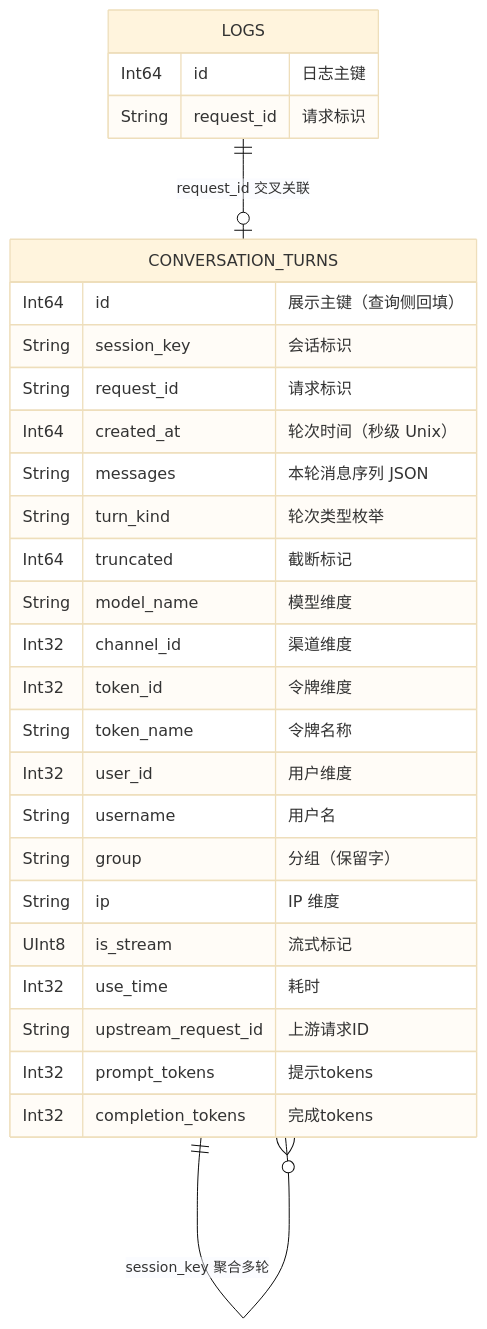
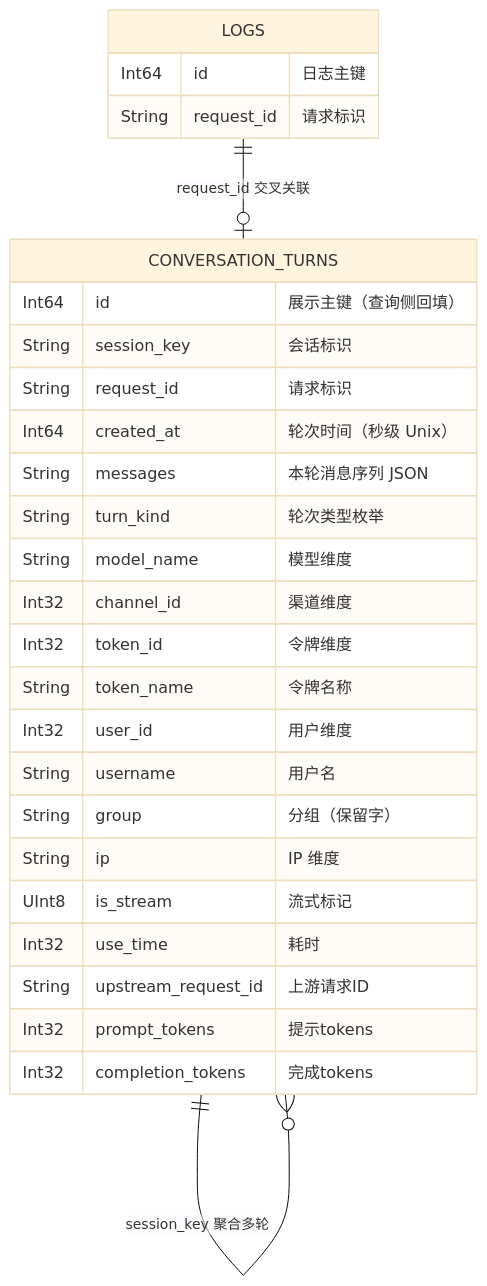
One commit to Agents-Zone/sili-smart-api changed the diagram in context/05_specs/P1_TECH_001_TECH_对话内容记录/04_model_interface.md. Above: the diagram before and after it, drawn with Mermaid (base theme). The commit also changed other lines of this file and 13 other files, not shown here.

````diff
--- a/context/05_specs/P1_TECH_001_TECH_对话内容记录/04_model_interface.md
+++ b/context/05_specs/P1_TECH_001_TECH_对话内容记录/04_model_interface.md
@@ -18,33 +18,32 @@
 ```mermaid
 erDiagram
     CONVERSATION_TURNS ||--o{ CONVERSATION_TURNS : "session_key 聚合多轮"
     LOGS ||--o| CONVERSATION_TURNS : "request_id 交叉关联"
 
     CONVERSATION_TURNS {
         Int64 id "展示主键（查询侧回填）"
         String session_key "会话标识"
         String request_id "请求标识"
         Int64 created_at "轮次时间（秒级 Unix）"
         String messages "本轮消息序列 JSON"
         String turn_kind "轮次类型枚举"
-        Int64 truncated "截断标记"
         String model_name "模型维度"
         Int32 channel_id "渠道维度"
         Int32 token_id "令牌维度"
         String token_name "令牌名称"
         Int32 user_id "用户维度"
         String username "用户名"
         String group "分组（保留字）"
         String ip "IP 维度"
         UInt8 is_stream "流式标记"
         Int32 use_time "耗时"
         String upstream_request_id "上游请求ID"
         Int32 prompt_tokens "提示tokens"
         Int32 completion_tokens "完成tokens"
     }
 
     LOGS {
         Int64 id "日志主键"
         String request_id "请求标识"
     }
 ```
````
